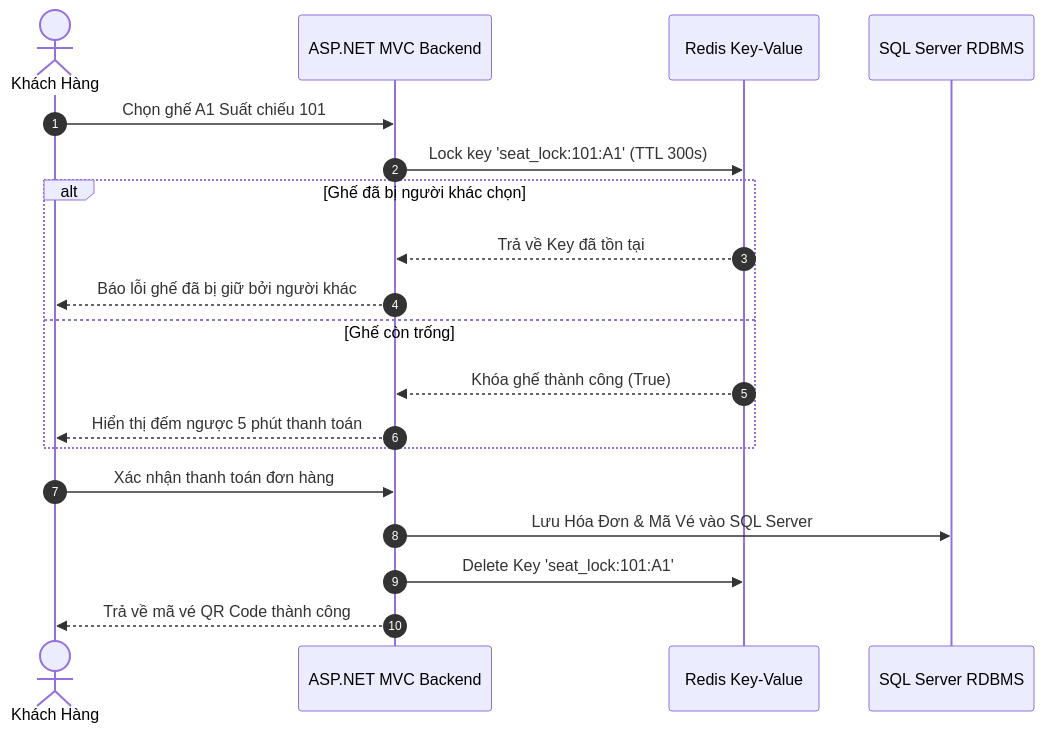
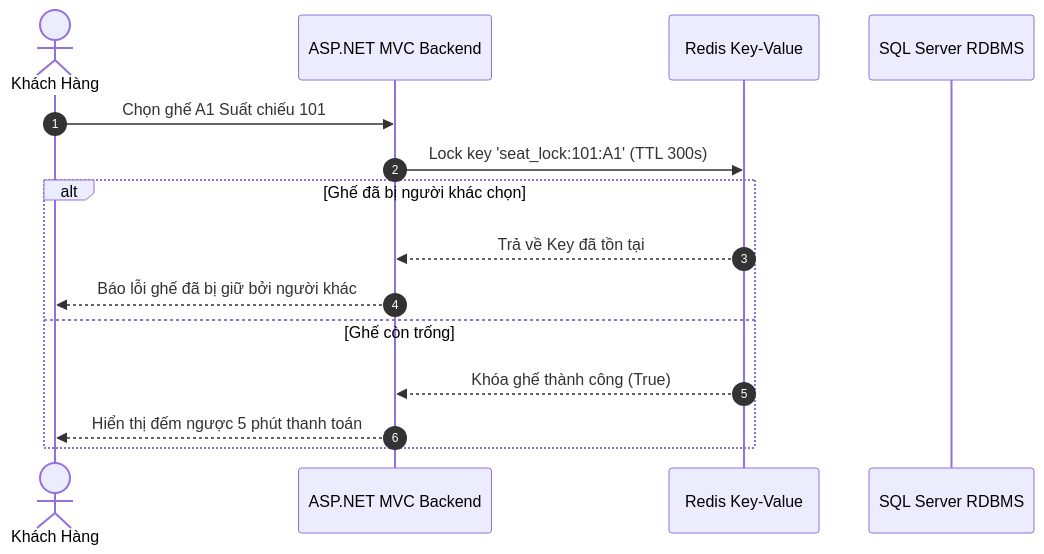
The third of 10 diagrams in TaiLieu/TaiLieu_SDS_ToanBo_HeThong_Movana.md (Anh-BE/WEB_DatVe_XemPhim), drawn with Mermaid before and after one commit. The commit also changed other lines of this file and 1 other file, not shown here.

Commit message:
[Doc] Bo sung Luong Redis 8.1.2 Giai Phong Khoa Giu Ghe Khi Huy Chon Hoac Thanh Toan Hoan Tat vao Tai Lieu SDS

````diff
--- a/TaiLieu/TaiLieu_SDS_ToanBo_HeThong_Movana.md
+++ b/TaiLieu/TaiLieu_SDS_ToanBo_HeThong_Movana.md
@@ -287,23 +292,18 @@
 ```mermaid
 sequenceDiagram
     autonumber
     actor User as Khách Hàng
     participant Web as ASP.NET MVC Backend
     participant Redis as Redis Key-Value
     participant SQL as SQL Server RDBMS
 
     User->>Web: Chọn ghế A1 Suất chiếu 101
     Web->>Redis: Lock key 'seat_lock:101:A1' (TTL 300s)
     alt Ghế đã bị người khác chọn
         Redis-->>Web: Trả về Key đã tồn tại
         Web-->>User: Báo lỗi ghế đã bị giữ bởi người khác
     else Ghế còn trống
         Redis-->>Web: Khóa ghế thành công (True)
         Web-->>User: Hiển thị đếm ngược 5 phút thanh toán
     end
-
-    User->>Web: Xác nhận thanh toán đơn hàng
-    Web->>SQL: Lưu Hóa Đơn & Mã Vé vào SQL Server
-    Web->>Redis: Delete Key 'seat_lock:101:A1'
-    Web-->>User: Trả về mã vé QR Code thành công
 ```
````
